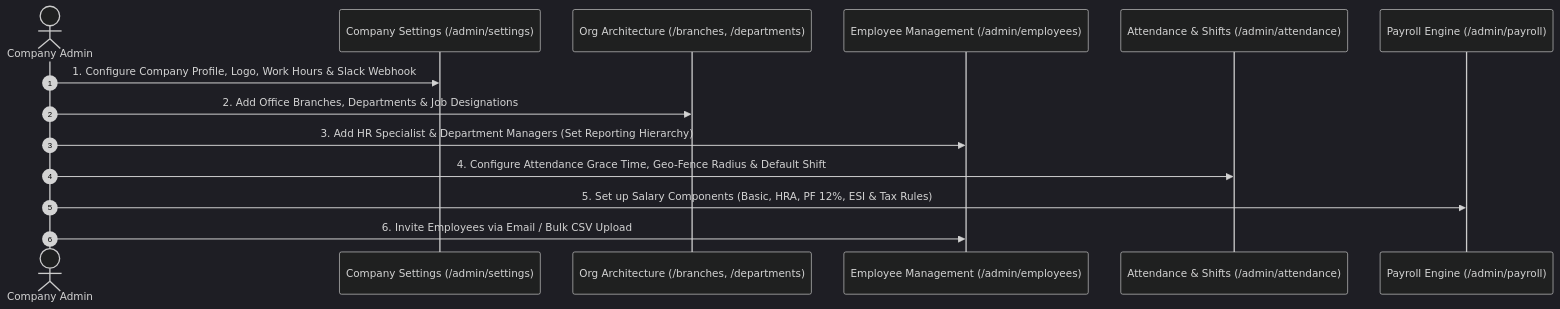
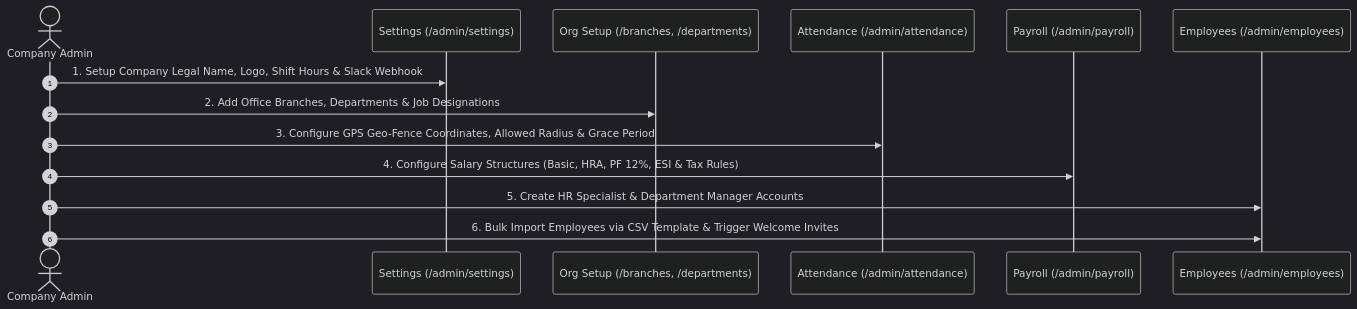
Before and after one commit to SRJ-GROUP/hubnest_user_guide: the fourth of 4 diagrams in docs/hrms/index.md, drawn with Mermaid (dark theme). The commit also changed other lines of this file and 50 other files, not shown here.

Commit message:
feat(docs): add interactive zoom and pan modal for all diagrams and complete 21 HRMS admin guide modules

````diff
--- a/docs/hrms/index.md
+++ b/docs/hrms/index.md
@@ -121,17 +316,17 @@
 ```mermaid
 sequenceDiagram
     autonumber
     actor Admin as Company Admin
-    participant Settings as Company Settings (/admin/settings)
-    participant Org as Org Architecture (/branches, /departments)
-    participant Emp as Employee Management (/admin/employees)
-    participant Att as Attendance & Shifts (/admin/attendance)
-    participant Pay as Payroll Engine (/admin/payroll)
+    participant Set as Settings (/admin/settings)
+    participant Org as Org Setup (/branches, /departments)
+    participant Att as Attendance (/admin/attendance)
+    participant Pay as Payroll (/admin/payroll)
+    participant Emp as Employees (/admin/employees)
 
-    Admin->>Settings: 1. Configure Company Profile, Logo, Work Hours & Slack Webhook
+    Admin->>Set: 1. Setup Company Legal Name, Logo, Shift Hours & Slack Webhook
     Admin->>Org: 2. Add Office Branches, Departments & Job Designations
-    Admin->>Emp: 3. Add HR Specialist & Department Managers (Set Reporting Hierarchy)
-    Admin->>Att: 4. Configure Attendance Grace Time, Geo-Fence Radius & Default Shift
-    Admin->>Pay: 5. Set up Salary Components (Basic, HRA, PF 12%, ESI & Tax Rules)
-    Admin->>Emp: 6. Invite Employees via Email / Bulk CSV Upload
+    Admin->>Att: 3. Configure GPS Geo-Fence Coordinates, Allowed Radius & Grace Period
+    Admin->>Pay: 4. Configure Salary Structures (Basic, HRA, PF 12%, ESI & Tax Rules)
+    Admin->>Emp: 5. Create HR Specialist & Department Manager Accounts
+    Admin->>Emp: 6. Bulk Import Employees via CSV Template & Trigger Welcome Invites
 ```
````
